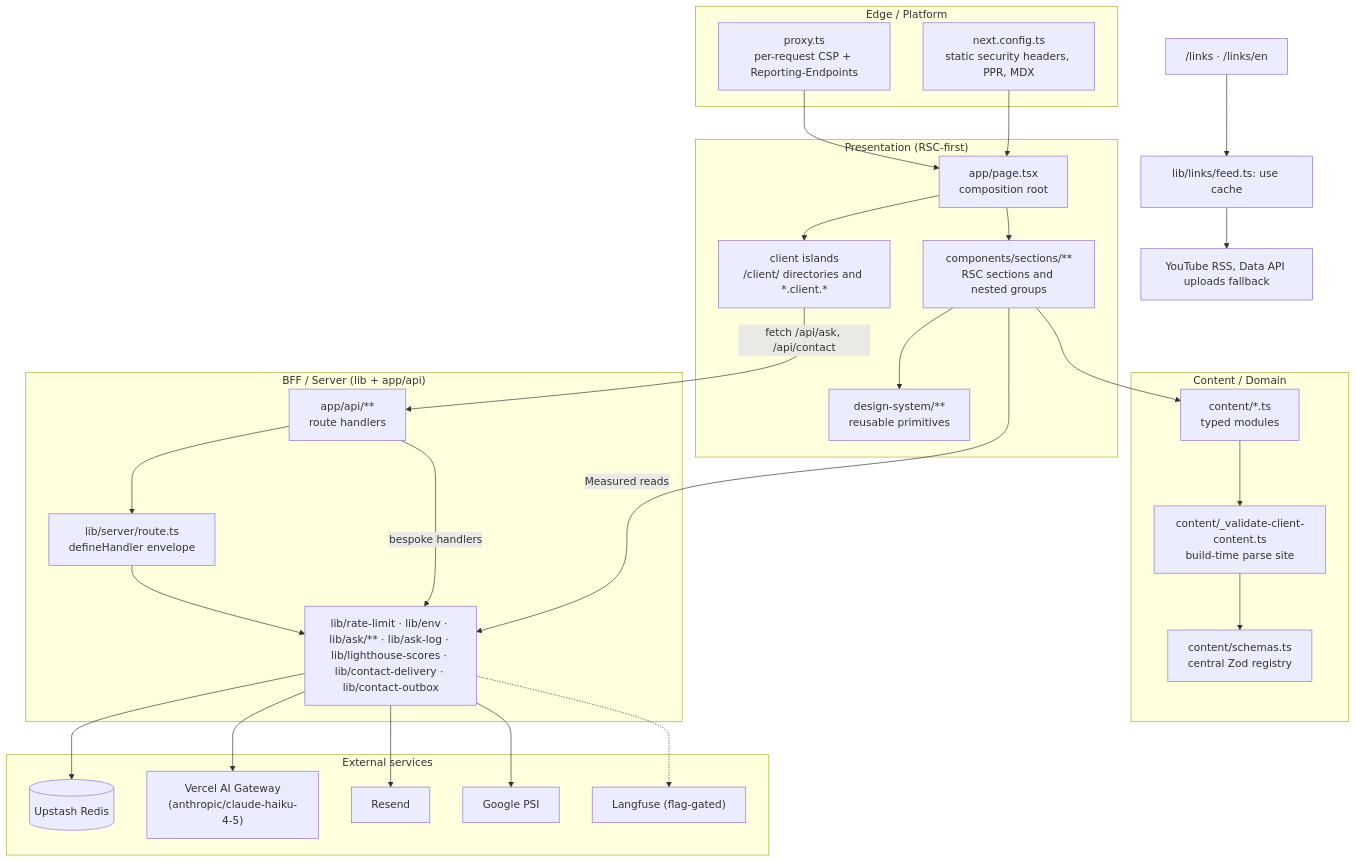
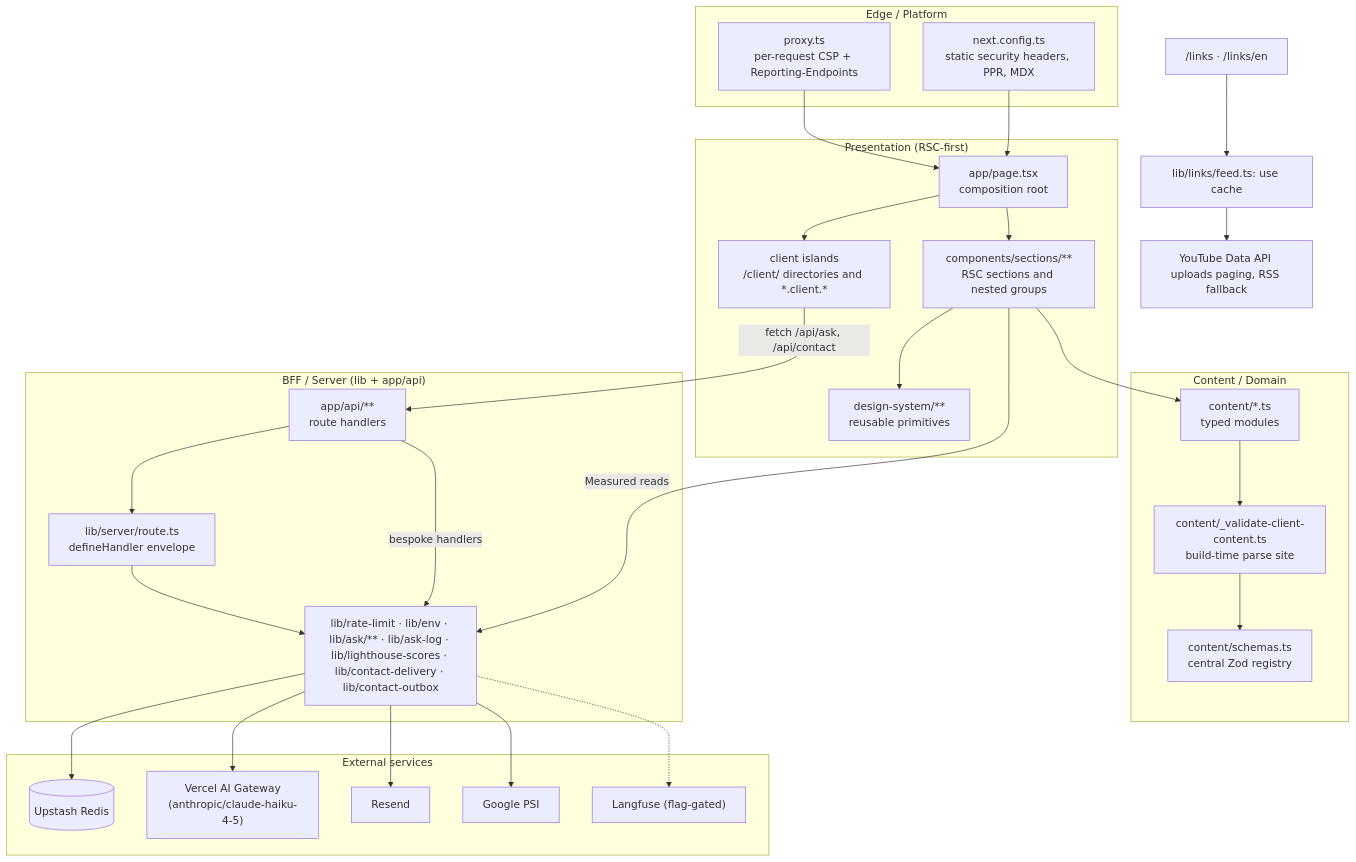
One commit to erikunha/portfolio changed the first of 3 diagrams in docs/01-architecture.md. Above: the diagram before and after it, drawn with Mermaid. The commit also changed 7 other files, not shown here.

````diff
--- a/docs/01-architecture.md
+++ b/docs/01-architecture.md
@@ -15,47 +15,47 @@
 ```mermaid
 flowchart TB
     subgraph edge["Edge / Platform"]
         proxy["proxy.ts<br/>per-request CSP + Reporting-Endpoints"]
         cfg["next.config.ts<br/>static security headers, PPR, MDX"]
     end
     subgraph present["Presentation (RSC-first)"]
         page["app/page.tsx<br/>composition root"]
         sections["components/sections/**<br/>RSC sections and nested groups"]
         islands["client islands<br/>/client/ directories and *.client.*"]
         ds["design-system/**<br/>reusable primitives"]
     end
     subgraph content["Content / Domain"]
         cmods["content/*.ts<br/>typed modules"]
         schemas["content/schemas.ts<br/>central Zod registry"]
         gate["content/_validate-client-content.ts<br/>build-time parse site"]
     end
     subgraph bff["BFF / Server (lib + app/api)"]
         api["app/api/**<br/>route handlers"]
         handler["lib/server/route.ts<br/>defineHandler envelope"]
         libcore["lib/rate-limit · lib/env · lib/ask/** · lib/ask-log · lib/lighthouse-scores · lib/contact-delivery · lib/contact-outbox"]
     end
     subgraph ext["External services"]
         redis[("Upstash Redis")]
         gw["Vercel AI Gateway<br/>(anthropic/claude-haiku-4-5)"]
         resend["Resend"]
         psi["Google PSI"]
         lf["Langfuse (flag-gated)"]
     end
 
     proxy --> page
     cfg --> page
     page --> sections --> ds
     page --> islands
     sections --> cmods --> gate --> schemas
     islands -->|fetch /api/ask, /api/contact| api
     api --> handler --> libcore
     api -->|bespoke handlers| libcore
     sections -->|Measured reads| libcore
     links["/links · /links/en"] --> feed["lib/links/feed.ts: use cache"]
-    feed --> yt["YouTube RSS, Data API uploads fallback"]
+    feed --> yt["YouTube Data API uploads paging, RSS fallback"]
     libcore --> redis
     libcore --> gw
     libcore --> resend
     libcore --> psi
     libcore -.-> lf
 ```
````
